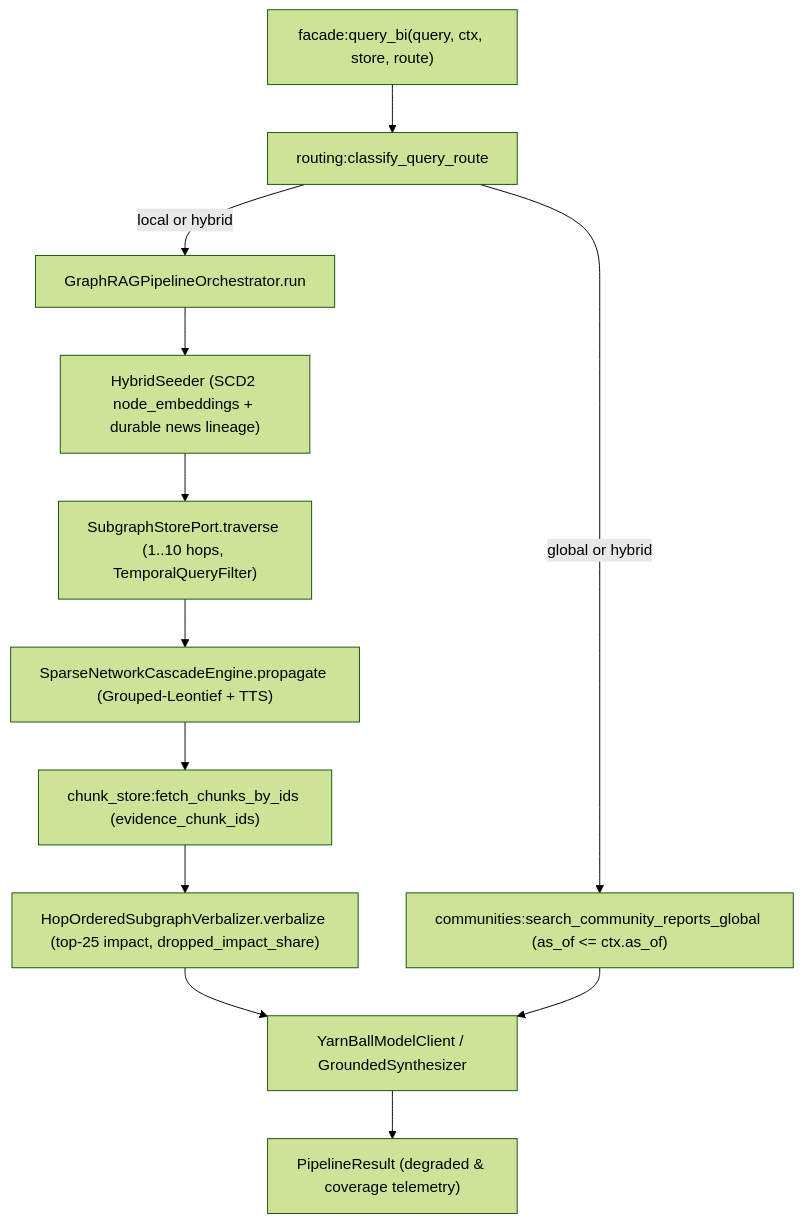
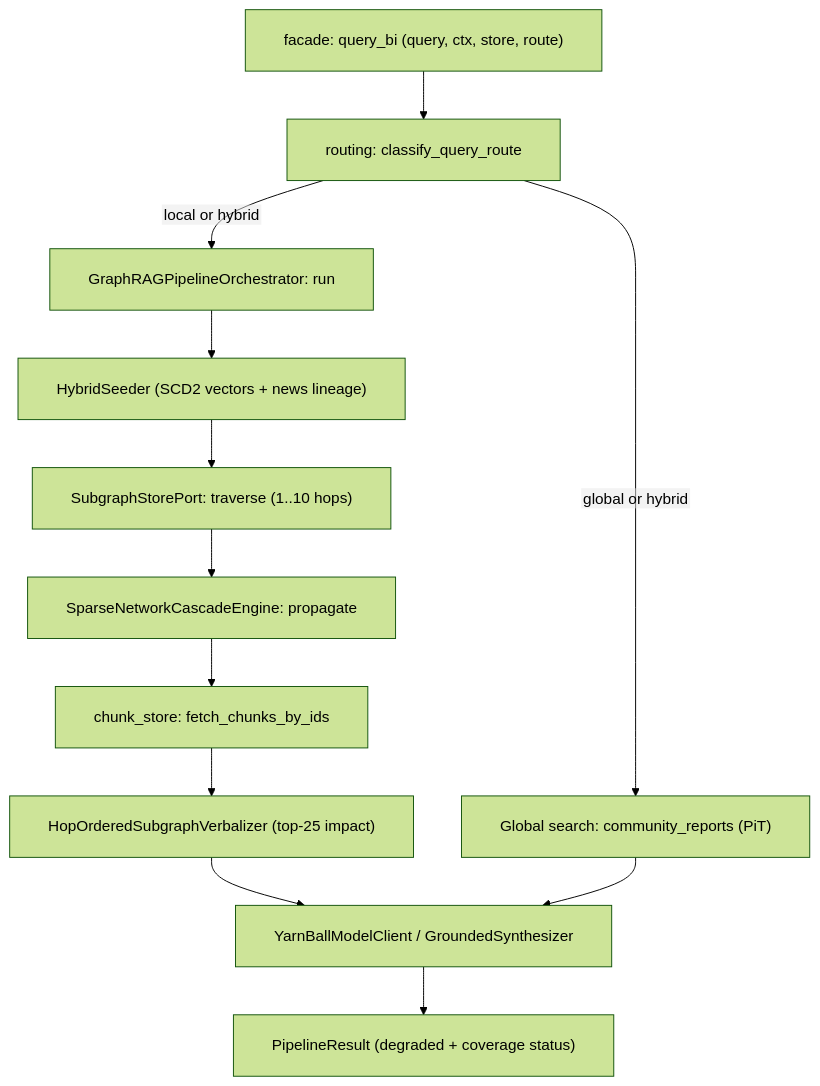
Before and after one commit to CamiloEmiliano/YarnBall: the second of 4 diagrams in docs/technical-report/03-retrieval-contagion-and-reporting.md, drawn with Mermaid (forest theme). The commit also changed other lines of this file and 6 other files, not shown here.

Commit message:
docs(technical-report): fix Mermaid rendering, Monograph numbering, notation, and Ch.0 layout

````diff
--- a/docs/technical-report/03-retrieval-contagion-and-reporting.md
+++ b/docs/technical-report/03-retrieval-contagion-and-reporting.md
@@ -236,14 +244,15 @@
 ```mermaid
+%%{init: {"flowchart": {"htmlLabels": false, "wrappingWidth": 420, "padding": 20}}}%%
 flowchart TD
-    A["facade:query_bi(query, ctx, store, route)"] --> B["routing:classify_query_route"]
-    B -->|"global or hybrid"| C["communities:search_community_reports_global (as_of <= ctx.as_of)"]
-    B -->|"local or hybrid"| D["GraphRAGPipelineOrchestrator.run"]
-    D --> E["HybridSeeder (SCD2 node_embeddings + durable news lineage)"]
-    E --> F["SubgraphStorePort.traverse (1..10 hops, TemporalQueryFilter)"]
-    F --> G["SparseNetworkCascadeEngine.propagate (Grouped-Leontief + TTS)"]
-    G --> H["chunk_store:fetch_chunks_by_ids (evidence_chunk_ids)"]
-    H --> I["HopOrderedSubgraphVerbalizer.verbalize (top-25 impact, dropped_impact_share)"]
+    A["facade: query_bi (query, ctx, store, route)"] --> B["routing: classify_query_route"]
+    B -->|"global or hybrid"| C["Global search: community_reports (PiT)"]
+    B -->|"local or hybrid"| D["GraphRAGPipelineOrchestrator: run"]
+    D --> E["HybridSeeder (SCD2 vectors + news lineage)"]
+    E --> F["SubgraphStorePort: traverse (1..10 hops)"]
+    F --> G["SparseNetworkCascadeEngine: propagate"]
+    G --> H["chunk_store: fetch_chunks_by_ids"]
+    H --> I["HopOrderedSubgraphVerbalizer (top-25 impact)"]
     I --> J["YarnBallModelClient / GroundedSynthesizer"]
     C --> J
-    J --> K["PipelineResult (degraded & coverage telemetry)"]
+    J --> K["PipelineResult (degraded + coverage status)"]
 ```
````
